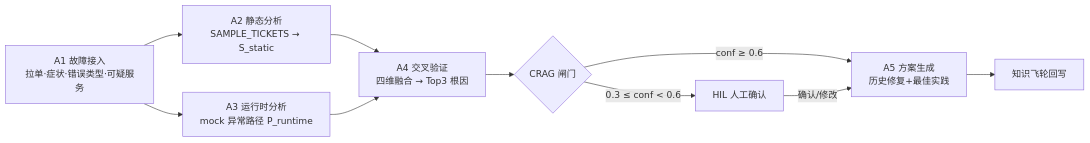
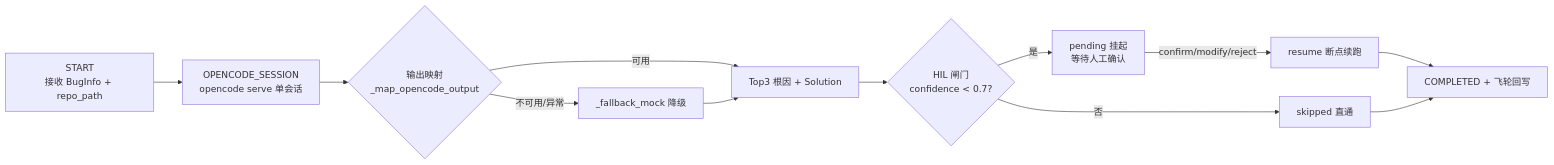
The second of 6 diagrams in ARCHITECTURE.md (bigDataZWH/AutoBugFix), drawn with Mermaid before and after one commit. The commit also changed other lines of this file and 1 other file, not shown here.

````diff
--- a/ARCHITECTURE.md
+++ b/ARCHITECTURE.md
@@ -101,12 +94,14 @@
 ```mermaid
 flowchart LR
-    A1["A1 故障接入<br/>拉单·症状·错误类型·可疑服务"] --> A2
-    A1 --> A3
-    A2["A2 静态分析<br/>SAMPLE_TICKETS → S_static"] --> A4
-    A3["A3 运行时分析<br/>mock 异常路径 P_runtime"] --> A4
-    A4["A4 交叉验证<br/>四维融合 → Top3 根因"] --> G{"CRAG 闸门"}
-    G -->|conf ≥ 0.6| A5["A5 方案生成<br/>历史修复+最佳实践"]
-    G -->|0.3 ≤ conf < 0.6| HIL["HIL 人工确认"]
-    HIL -->|确认/修改| A5
-    A5 --> WB["知识飞轮回写"]
+    START["START<br/>接收 BugInfo + repo_path"] --> SESS["OPENCODE_SESSION<br/>opencode serve 单会话"]
+    SESS --> MAP{"输出映射<br/>_map_opencode_output"}
+    MAP -->|可用| TOP3["Top3 根因 + Solution"]
+    MAP -->|不可用/异常| MOCK["_fallback_mock 降级"]
+    MOCK --> TOP3
+    TOP3 --> HIL{"HIL 闸门<br/>confidence < 0.7?"}
+    HIL -->|是| PEND["pending 挂起<br/>等待人工确认"]
+    HIL -->|否| SKIP["skipped 直通"]
+    PEND -->|confirm/modify/reject| RESUME["resume 断点续跑"]
+    RESUME --> END["COMPLETED + 飞轮回写"]
+    SKIP --> END
 ```
````
